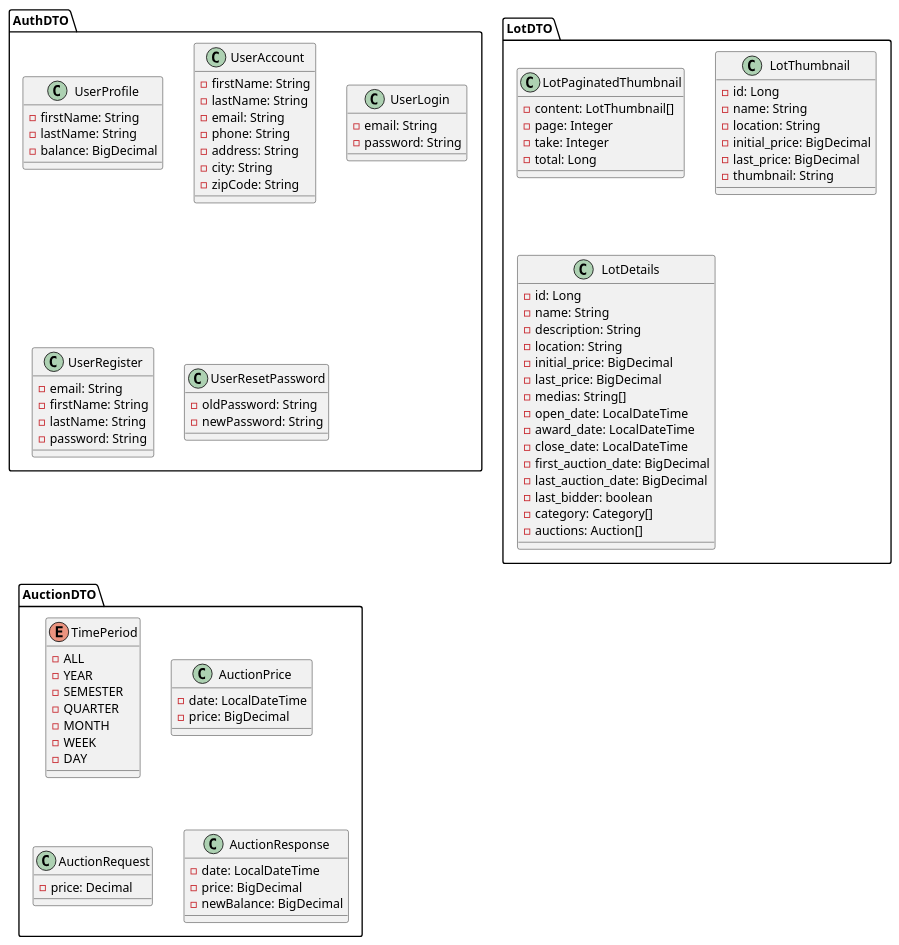
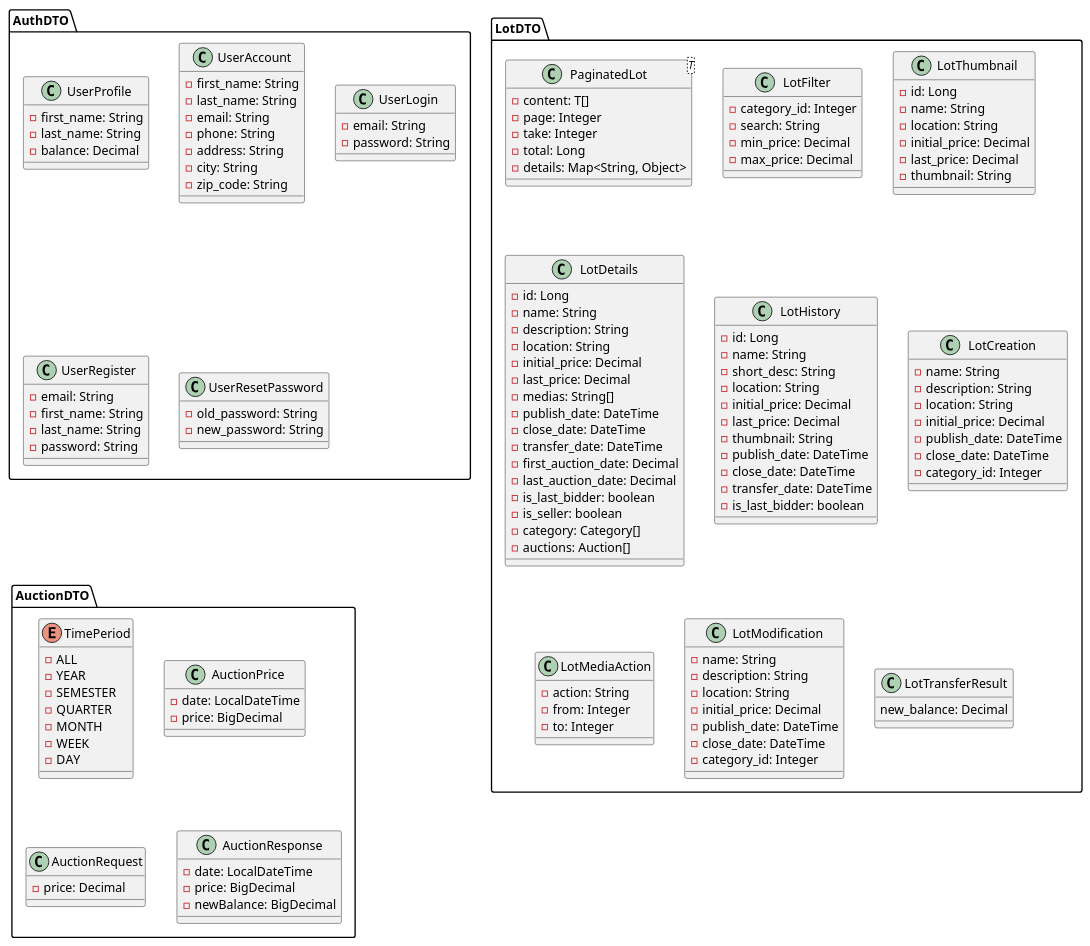
Before and after one commit to ETML-ES-LABEFE-MANUEL-THEO/BACKEND: the diagram in docs/dto.puml, drawn with PlantUML. The commit also changed 5 other files, not shown here.

```diff
--- a/docs/dto.puml
+++ b/docs/dto.puml
@@ -1,100 +1,153 @@
 @startuml
 
 package AuthDTO {
     class UserProfile {
-        -firstName: String
-        -lastName: String
-        -balance: BigDecimal
+        -first_name: String
+        -last_name: String
+        -balance: Decimal
     }
 
     class UserAccount {
-        -firstName: String
-        -lastName: String
+        -first_name: String
+        -last_name: String
         -email: String
         -phone: String
         -address: String
         -city: String
-        -zipCode: String
+        -zip_code: String
     }
 
     class UserLogin {
         -email: String
         -password: String
     }
 
     class UserRegister {
         -email: String
-        -firstName: String
-        -lastName: String
+        -first_name: String
+        -last_name: String
         -password: String
     }
 
     class UserResetPassword {
-        -oldPassword: String
-        -newPassword: String
+        -old_password: String
+        -new_password: String
     }
 }
 
 package LotDTO {
-    class LotPaginatedThumbnail {
-        -content: LotThumbnail[]
+    class PaginatedLot<T> {
+        -content: T[]
         -page: Integer
         -take: Integer
         -total: Long
+        -details: Map<String, Object>
+    }
+
+    class LotFilter {
+        -category_id: Integer
+        -search: String
+        -min_price: Decimal
+        -max_price: Decimal
     }
 
     class LotThumbnail {
         -id: Long
         -name: String
         -location: String
-        -initial_price: BigDecimal
-        -last_price: BigDecimal
+        -initial_price: Decimal
+        -last_price: Decimal
         -thumbnail: String
     }
 
     class LotDetails {
         -id: Long
         -name: String
         -description: String
         -location: String
-        -initial_price: BigDecimal
-        -last_price: BigDecimal
+        -initial_price: Decimal
+        -last_price: Decimal
         -medias: String[]
-        -open_date: LocalDateTime
-        -award_date: LocalDateTime
-        -close_date: LocalDateTime
-        -first_auction_date: BigDecimal
-        -last_auction_date: BigDecimal
-        -last_bidder: boolean
+        -publish_date: DateTime
+        -close_date: DateTime
+        -transfer_date: DateTime
+        -first_auction_date: Decimal
+        -last_auction_date: Decimal
+        -is_last_bidder: boolean
+        -is_seller: boolean
         -category: Category[]
         -auctions: Auction[]
+    }
+
+    class LotHistory {
+        -id: Long
+        -name: String
+        -short_desc: String
+        -location: String
+        -initial_price: Decimal
+        -last_price: Decimal
+        -thumbnail: String
+        -publish_date: DateTime
+        -close_date: DateTime
+        -transfer_date: DateTime
+        -is_last_bidder: boolean
+    }
+
+    class LotCreation {
+        -name: String
+        -description: String
+        -location: String
+        -initial_price: Decimal
+        -publish_date: DateTime
+        -close_date: DateTime
+        -category_id: Integer
+    }
+
+    class LotMediaAction {
+        -action: String
+        -from: Integer
+        -to: Integer
+    }
+
+    class LotModification {
+        -name: String
+        -description: String
+        -location: String
+        -initial_price: Decimal
+        -publish_date: DateTime
+        -close_date: DateTime
+        -category_id: Integer
+    }
+
+    class LotTransferResult {
+        new_balance: Decimal
     }
 }
 
 package AuctionDTO {
     enum TimePeriod {
         -ALL
         -YEAR
         -SEMESTER
         -QUARTER
         -MONTH
         -WEEK
         -DAY
     }
 
     class AuctionPrice {
         -date: LocalDateTime
         -price: BigDecimal
     }
 
     class AuctionRequest {
         -price: Decimal
     }
 
     class AuctionResponse {
         -date: LocalDateTime
         -price: BigDecimal
         -newBalance: BigDecimal
     }
 }
 @enduml
```
